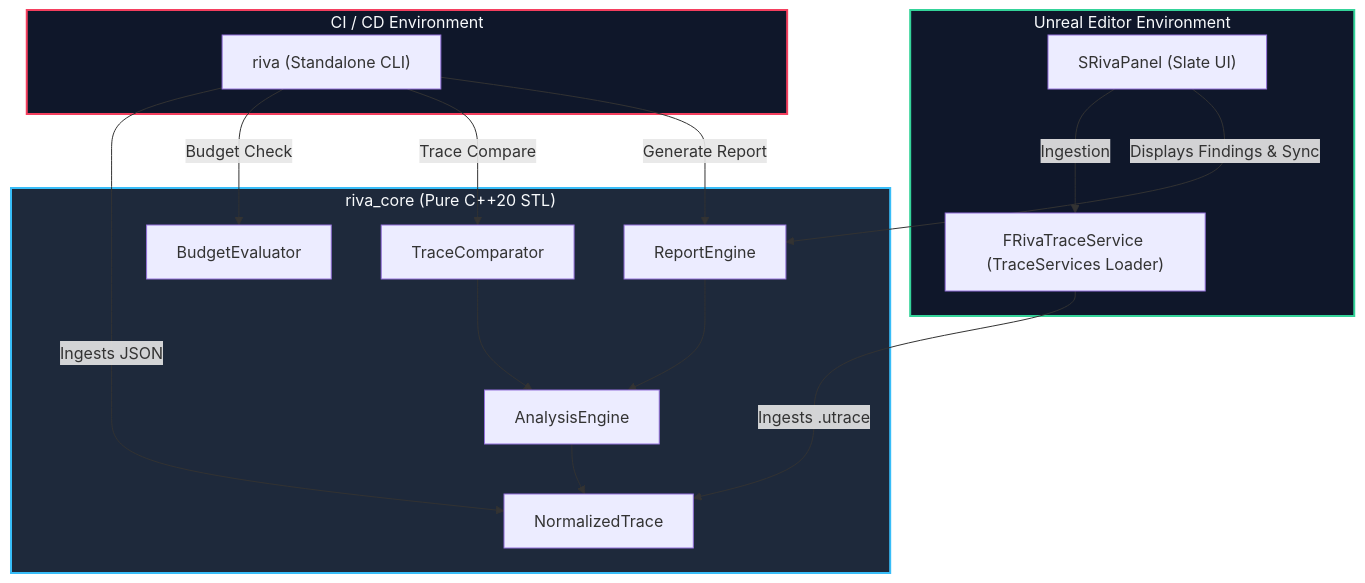
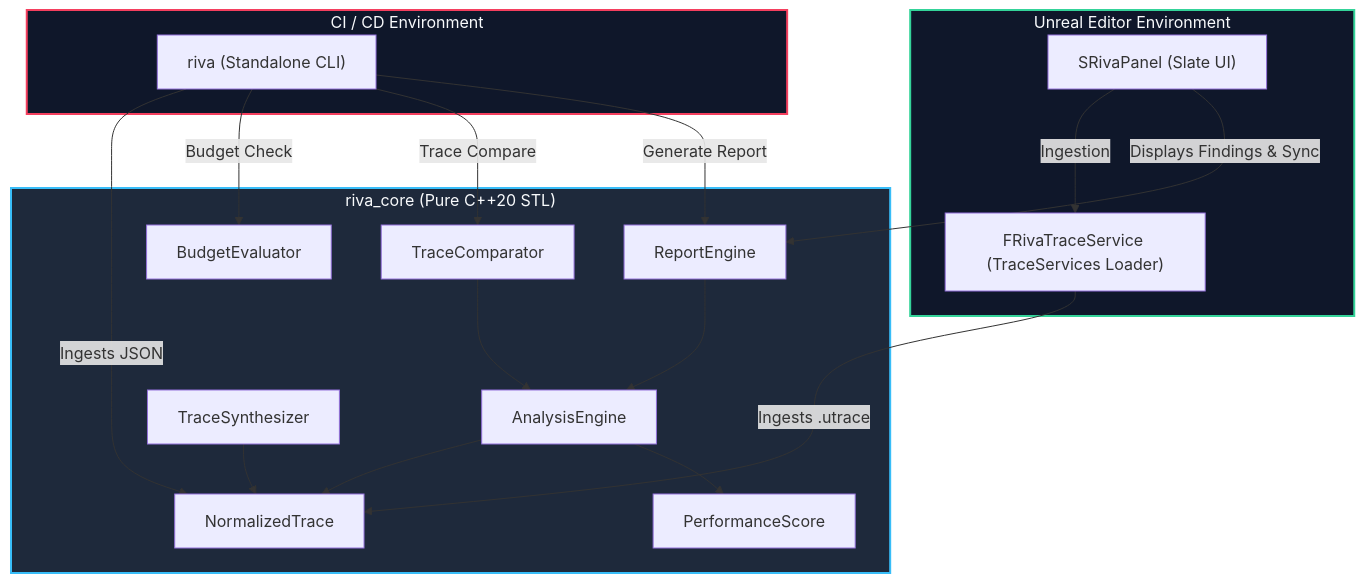
One commit to DarwinStylish/Riva changed the diagram in README.md. Above: the diagram before and after it, drawn with Mermaid. The commit also changed other lines of this file and 47 other files, not shown here.

````diff
--- a/README.md
+++ b/README.md
@@ -21,35 +23,39 @@
 ```mermaid
 graph TD
     subgraph UE_Plugin["Unreal Editor Environment"]
         UI["SRivaPanel (Slate UI)"]
         TS["FRivaTraceService (TraceServices Loader)"]
         UI -->|Ingestion| TS
     end
 
     subgraph CLI_Env["CI / CD Environment"]
         CLI["riva (Standalone CLI)"]
     end
 
     subgraph Core_Lib["riva_core (Pure C++20 STL)"]
         NT["NormalizedTrace"]
         AE["AnalysisEngine"]
         TC["TraceComparator"]
         BE["BudgetEvaluator"]
         RE["ReportEngine"]
+        TSy["TraceSynthesizer"]
+        PS["PerformanceScore"]
         
         AE --> NT
+        AE --> PS
         TC --> AE
         RE --> AE
+        TSy --> NT
     end
 
     TS -->|Ingests .utrace| NT
     CLI -->|Ingests JSON| NT
     CLI -->|Budget Check| BE
     CLI -->|Trace Compare| TC
     CLI -->|Generate Report| RE
     UI -->|Displays Findings & Sync| RE
 
     style Core_Lib fill:#1E293B,stroke:#38BDF8,stroke-width:2px,color:#F8FAFC
     style UE_Plugin fill:#0F172A,stroke:#34D399,stroke-width:2px,color:#F8FAFC
     style CLI_Env fill:#0F172A,stroke:#F43F5E,stroke-width:2px,color:#F8FAFC
 ```
````
